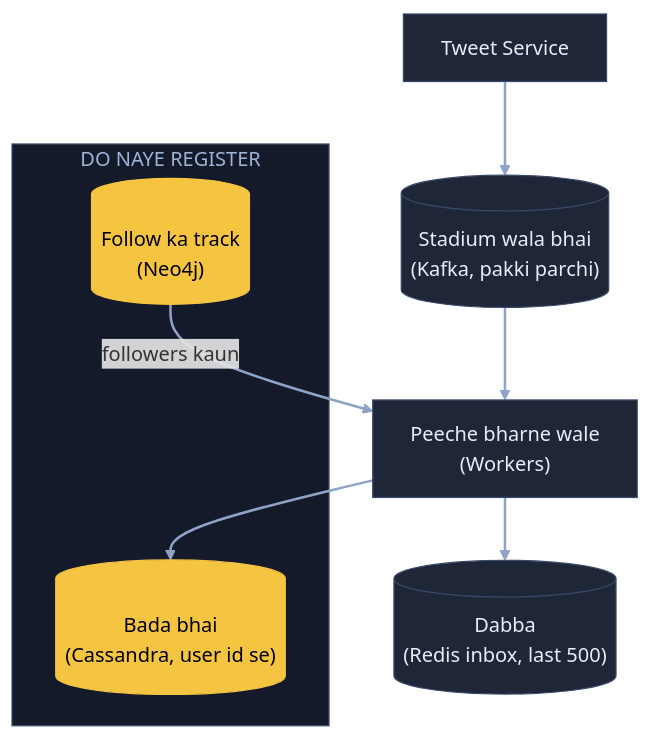
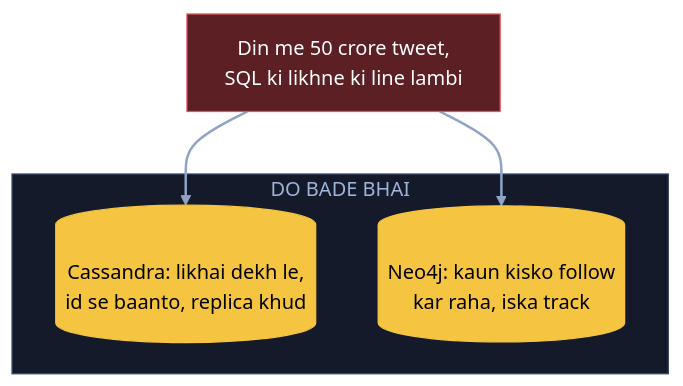
One commit to ArpanMaheshwari144/Prep changed the seventh of 15 diagrams in 04_HLD/SYSTEM_DESIGNS/03_twitter_feed/03_twitter_feed.md. Above: the diagram before and after it, drawn with Mermaid. The commit also changed other lines of this file, not shown here.

Commit message:
Twitter: 15 diagram hand notes ke shabdon se, K1 heading + K9 line notes jaisi

````diff
--- a/04_HLD/SYSTEM_DESIGNS/03_twitter_feed/03_twitter_feed.md
+++ b/04_HLD/SYSTEM_DESIGNS/03_twitter_feed/03_twitter_feed.md
@@ -240,22 +230,16 @@
 ```mermaid
 flowchart TB
-    TS["Tweet Service"]:::card
-    K[("Stadium wala bhai<br/>(Kafka, pakki parchi)")]:::card
-    FW["Peeche bharne wale<br/>(Workers)"]:::card
-    subgraph DBS["DO NAYE REGISTER"]
-        C[("Bada bhai<br/>(Cassandra, user id se)")]:::pill
-        G[("Follow ka track<br/>(Neo4j)")]:::pill
+    X["Din me 50 crore tweet,<br/>SQL ki likhne ki line lambi"]:::bad
+    subgraph BB["DO BADE BHAI"]
+        C[("Cassandra: likhai dekh le,<br/>id se baanto, replica khud")]:::pill
+        G[("Neo4j: kaun kisko follow<br/>kar raha, iska track")]:::pill
     end
-    IN[("Dabba<br/>(Redis inbox, last 500)")]:::card
-    TS --> K
-    K --> FW
-    FW --> C
-    G -- "followers kaun" --> FW
-    FW --> IN
+    X --> C
+    X --> G
     linkStyle default stroke:#8fa3c7,stroke-width:2px
     classDef card fill:#1e2638,stroke:#3a4a6b,color:#e8ecf5
     classDef pill fill:#f5c542,stroke:#f5c542,color:#000
     classDef good fill:#2e7d4f,stroke:#3fbf6f,color:#fff
     classDef bad fill:#5c1f24,stroke:#e05561,color:#fff
-    style DBS fill:#141a29,stroke:#3a4a6b,color:#9fb3d9
+    style BB fill:#141a29,stroke:#3a4a6b,color:#9fb3d9
 ```
````
